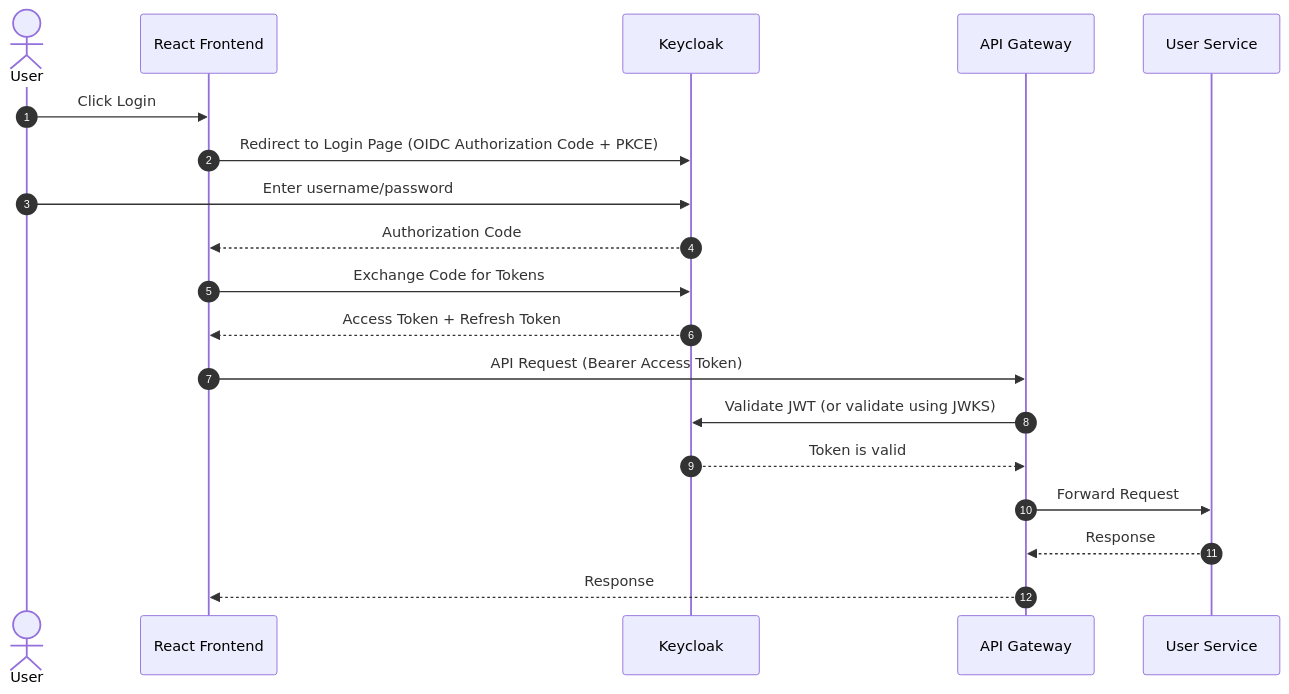
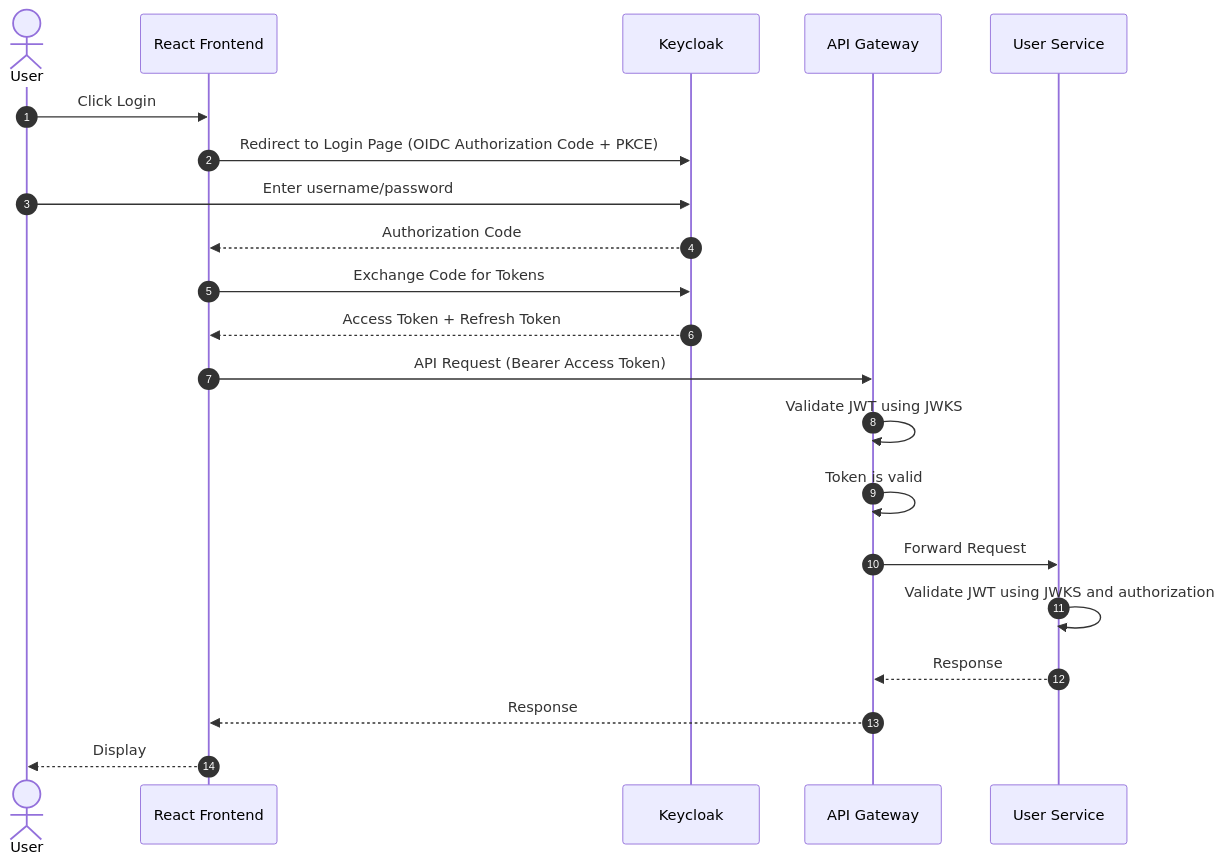
One commit to dqminh2411/hotel-booking-system changed the second of 7 diagrams in docs/keycloak_integration.md. Above: the diagram before and after it, drawn with Mermaid. The commit also changed other lines of this file, not shown here.

````diff
--- a/docs/keycloak_integration.md
+++ b/docs/keycloak_integration.md
@@ -91,34 +91,38 @@
 ```mermaid
 sequenceDiagram
     autonumber
 
     actor User
     participant React as React Frontend
     participant KC as Keycloak
     participant GW as API Gateway
     participant US as User Service
 
     User->>React: Click Login
 
     React->>KC: Redirect to Login Page (OIDC Authorization Code + PKCE)
 
     User->>KC: Enter username/password
 
     KC-->>React: Authorization Code
 
     React->>KC: Exchange Code for Tokens
 
     KC-->>React: Access Token + Refresh Token
 
     React->>GW: API Request (Bearer Access Token)
 
-    GW->>KC: Validate JWT (or validate using JWKS)
+    GW->>GW: Validate JWT using JWKS
 
-    KC-->>GW: Token is valid
+    GW->>GW: Token is valid
 
     GW->>US: Forward Request
+
+    US ->> US: Validate JWT using JWKS and authorization
 
     US-->>GW: Response
 
     GW-->>React: Response
+
+    React -->>User: Display
 ```
````
